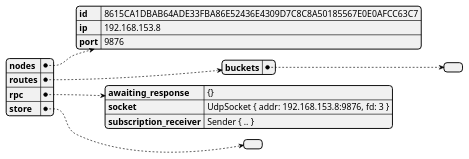
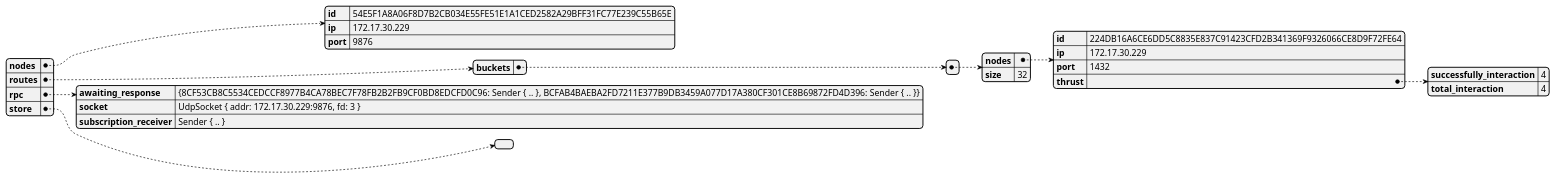
Before and after one commit to GoliathHagar/distributed_legder_kademlia: the diagram in src/distributed_legder/state_dumps/test-miner.json.plantuml, drawn with PlantUML. The commit also changed 8 other files, not shown here.

```diff
--- a/src/distributed_legder/state_dumps/test-miner.json.plantuml
+++ b/src/distributed_legder/state_dumps/test-miner.json.plantuml
@@ -1,3 +1,3 @@
 @startjson
-{"nodes":{"id":"8615CA1DBAB64ADE33FBA86E52436E4309D7C8C8A50185567E0E0AFCC63C7","ip":"192.168.153.8","port":9876},"routes":{"buckets":[]},"rpc":{"awaiting_response":"{}","socket":"UdpSocket { addr: 192.168.153.8:9876, fd: 3 }","subscription_receiver":"Sender { .. }"},"store":[]}
+{"nodes":{"id":"54E5F1A8A06F8D7B2CB034E55FE51E1A1CED2582A29BFF31FC77E239C55B65E","ip":"172.17.30.229","port":9876},"routes":{"buckets":[{"nodes":{"id":"224DB16A6CE6DD5C8835E837C91423CFD2B341369F9326066CE8D9F72FE64","ip":"172.17.30.229","port":1432,"thrust":{"successfully_interaction":4,"total_interaction":4}},"size":32}]},"rpc":{"awaiting_response":"{8CF53CB8C5534CEDCCF8977B4CA78BEC7F78FB2B2FB9CF0BD8EDCFD0C96: Sender { .. }, BCFAB4BAEBA2FD7211E377B9DB3459A077D17A380CF301CE8B69872FD4D396: Sender { .. }}","socket":"UdpSocket { addr: 172.17.30.229:9876, fd: 3 }","subscription_receiver":"Sender { .. }"},"store":[]}
 @endjson
```
